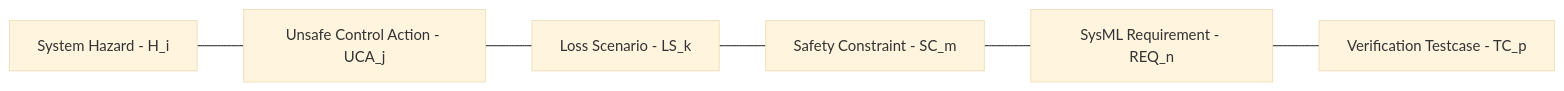
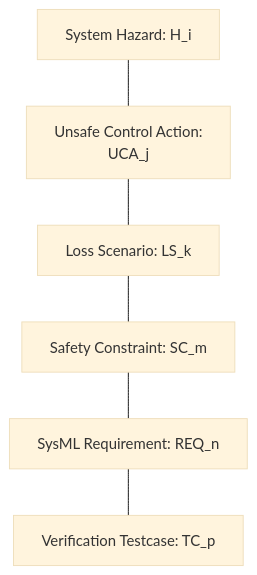
One commit to gintatkinson/DEAP01-spec-core changed the eighth of 11 diagrams in docs/architecture/blueprints/DEAP_DETERMINISTIC_SAFETY_SPECIFICATION_COMPILER_BLUEPRINT.md. Above: the diagram before and after it, drawn with Mermaid (base theme). The commit also changed other lines of this file and 28 other files, not shown here.

````diff
--- a/docs/architecture/blueprints/DEAP_DETERMINISTIC_SAFETY_SPECIFICATION_COMPILER_BLUEPRINT.md
+++ b/docs/architecture/blueprints/DEAP_DETERMINISTIC_SAFETY_SPECIFICATION_COMPILER_BLUEPRINT.md
@@ -624,8 +637,8 @@
 ```mermaid
-flowchart LR
-    H["System Hazard - H_i"] --- UCA["Unsafe Control Action - UCA_j"]
-    UCA --- LS["Loss Scenario - LS_k"]
-    LS --- SC["Safety Constraint - SC_m"]
-    SC --- REQ["SysML Requirement - REQ_n"]
-    REQ --- TC["Verification Testcase - TC_p"]
+flowchart TD
+    H["System Hazard: H_i"] --- UCA["Unsafe Control Action:<br/>UCA_j"]
+    UCA --- LS["Loss Scenario: LS_k"]
+    LS --- SC["Safety Constraint: SC_m"]
+    SC --- REQ["SysML Requirement: REQ_n"]
+    REQ --- TC["Verification Testcase: TC_p"]
 ```
````
